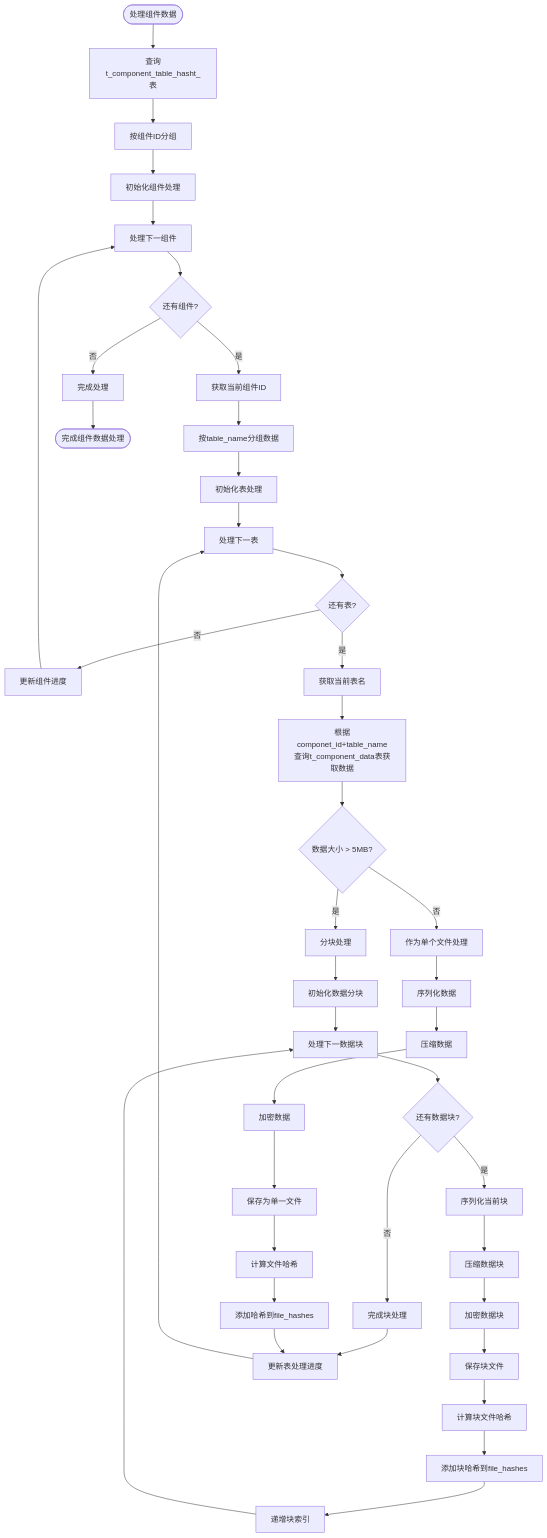
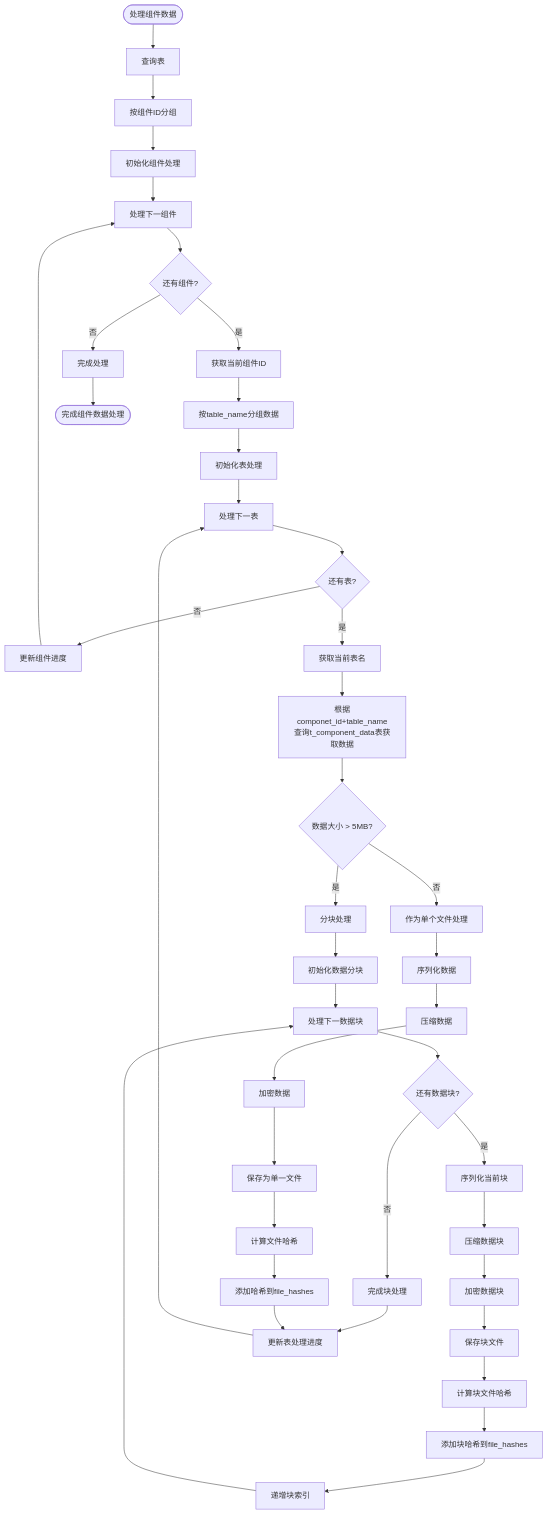
One commit to yingjianzh/iodraw-files changed the diagram in all/未命名-56.md. Above: the diagram before and after it, drawn with Mermaid.

Commit message:
2025-05-12 14:21:19 update

````diff
--- a/all/未命名-56.md
+++ b/all/未命名-56.md
@@ -1,57 +1,57 @@
 ```mermaid
 
 flowchart TD
-    Start([处理组件数据]) --> QueryDB[查询t_component_table_hasht_表]
+    Start([处理组件数据]) --> QueryDB[查询表]
     QueryDB --> GroupByComp[按组件ID分组]
     GroupByComp --> InitCompProcess[初始化组件处理]
     
     InitCompProcess --> ProcessNextComp[处理下一组件]
     ProcessNextComp --> MoreComps{还有组件?}
     MoreComps -->|否| CompleteProcess[完成处理]
     MoreComps -->|是| GetCompID[获取当前组件ID]
     
     GetCompID --> GroupByTable[按table_name分组数据]
     GroupByTable --> InitTableProcess[初始化表处理]
     
     InitTableProcess --> ProcessNextTable[处理下一表]
     ProcessNextTable --> MoreTables{还有表?}
     MoreTables -->|否| UpdateCompProgress[更新组件进度]
     MoreTables -->|是| GetTableName[获取当前表名]
     
     UpdateCompProgress --> ProcessNextComp
     
     GetTableName --> QueryTableData[根据componet_id+table_name查询t_component_data表获取数据]
     QueryTableData --> DataSize{数据大小 > 5MB?}
     
     DataSize -->|否| ProcessSingleFile[作为单个文件处理]
     DataSize -->|是| ProcessMultipleChunks[分块处理]
     
     ProcessSingleFile --> SerializeData[序列化数据]
     SerializeData --> CompressData[压缩数据]
     CompressData --> EncryptData[加密数据]
     EncryptData --> SaveSingleFile[保存为单一文件]
     SaveSingleFile --> CalcFileHash[计算文件哈希]
     CalcFileHash --> AddToFileHashes[添加哈希到file_hashes]
 
     ProcessMultipleChunks --> InitChunks[初始化数据分块]
     InitChunks --> ProcessNextChunk[处理下一数据块]
     
     ProcessNextChunk --> MoreChunks{还有数据块?}
     MoreChunks -->|否| CompleteChunks[完成块处理]
     MoreChunks -->|是| SerializeChunk[序列化当前块]
     
     SerializeChunk --> CompressChunk[压缩数据块]
     CompressChunk --> EncryptChunk[加密数据块]
     EncryptChunk --> SaveChunkFile[保存块文件]
     SaveChunkFile --> CalcChunkHash[计算块文件哈希]
     CalcChunkHash --> AddChunkHash[添加块哈希到file_hashes]
     AddChunkHash --> IncrementChunkIndex[递增块索引]
     IncrementChunkIndex --> ProcessNextChunk
     
     CompleteChunks --> UpdateTableProgress[更新表处理进度]
     AddToFileHashes --> UpdateTableProgress
     UpdateTableProgress --> ProcessNextTable
     
     CompleteProcess --> End([完成组件数据处理])
 
 ```
````
